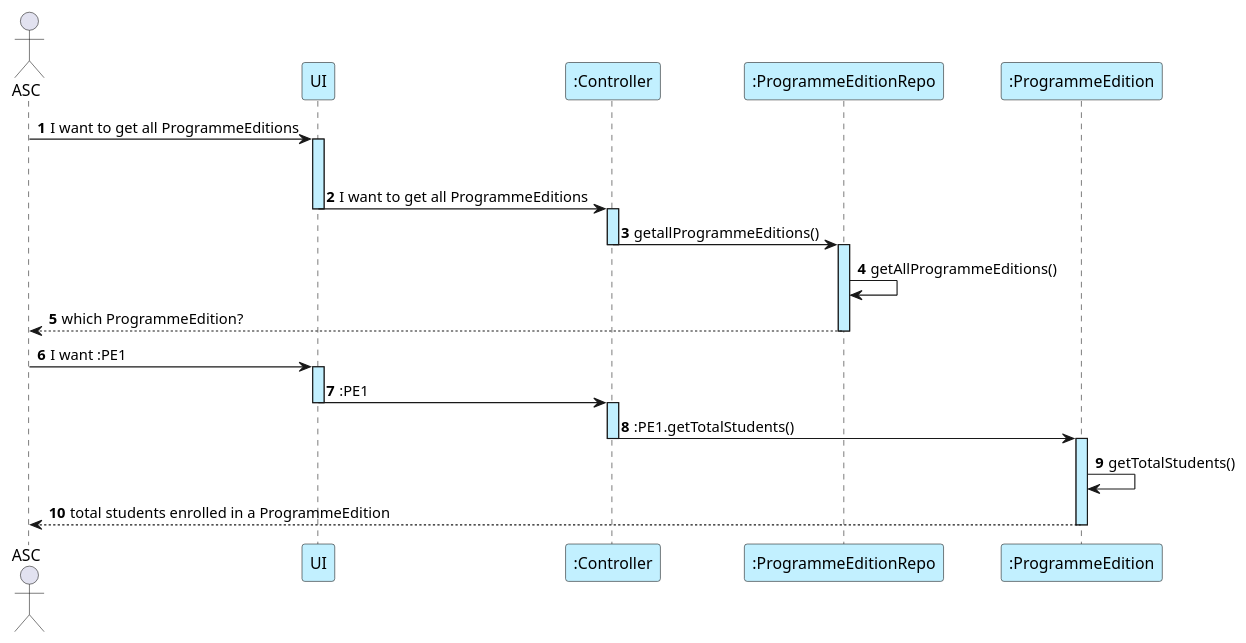
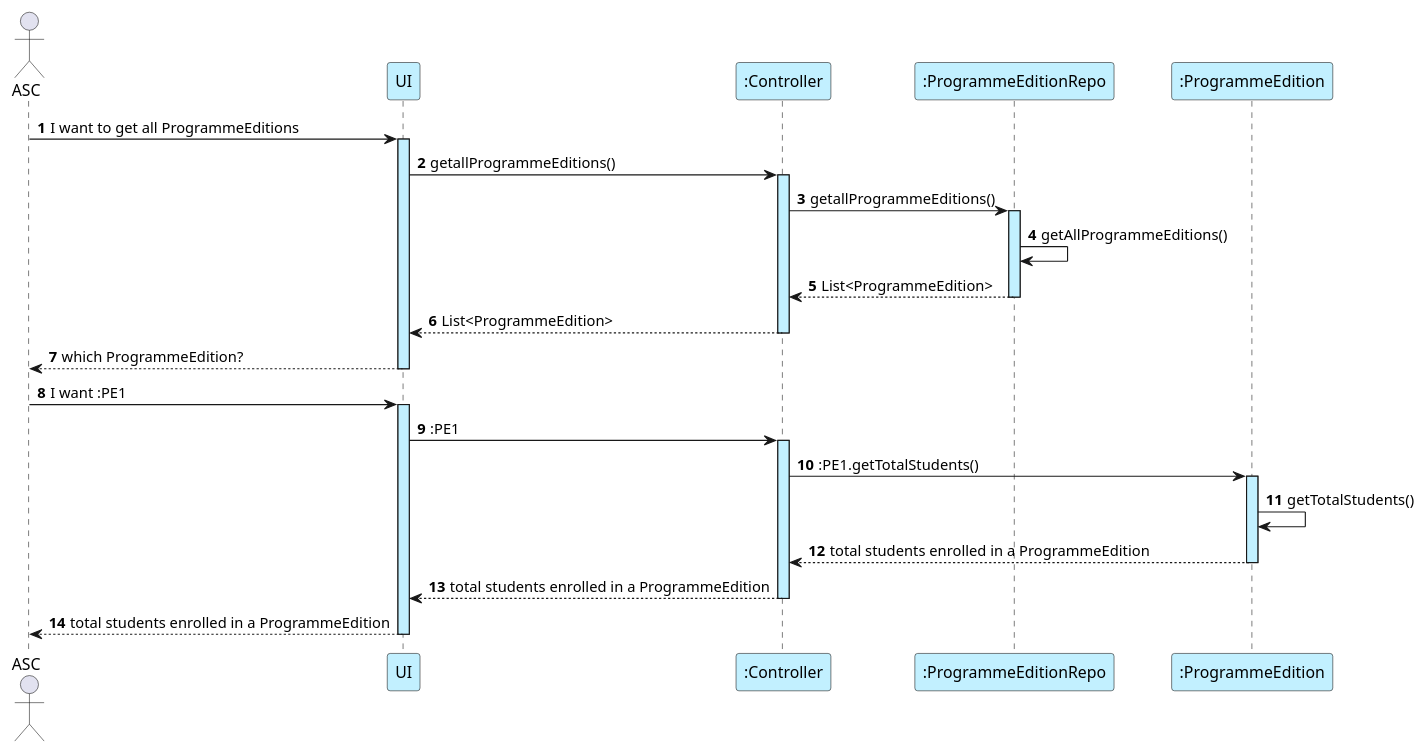
Before and after one commit to GasparISEP/DevOps-PAI: the diagram in docs/sequenceSystemDiagrams/US21/US21_getTotalStudentsEnrolledInProgrammeEdition.puml, drawn with PlantUML. The commit also changed 1 other file, not shown here.

Commit message:
update US21 SSD and remove unnacessary test from ProgrammeTest

```diff
--- a/docs/sequenceSystemDiagrams/US21/US21_getTotalStudentsEnrolledInProgrammeEdition.puml
+++ b/docs/sequenceSystemDiagrams/US21/US21_getTotalStudentsEnrolledInProgrammeEdition.puml
@@ -1,24 +1,25 @@
 @startuml US21
 actor ASC
 participant UI #application
 participant ":Controller" #application
 participant ":ProgrammeEditionRepo" #application
 participant ":ProgrammeEdition" #application
 
 autonumber
 
-ASC -> UI  ++-- #application : I want to get all ProgrammeEditions
-
-UI -> ":Controller" --++ #application: I want to get all ProgrammeEditions
-
-":Controller" -> ":ProgrammeEditionRepo" --++ #application: getallProgrammeEditions()
-
+ASC -> UI  ++ #application : I want to get all ProgrammeEditions
+UI -> ":Controller" ++ #application: getallProgrammeEditions()
+":Controller" -> ":ProgrammeEditionRepo" ++ #application: getallProgrammeEditions()
 ":ProgrammeEditionRepo" -> ":ProgrammeEditionRepo"  #application: getAllProgrammeEditions()
-":ProgrammeEditionRepo" --> ASC -- : which ProgrammeEdition?
+":ProgrammeEditionRepo" --> ":Controller" -- : List<ProgrammeEdition>
+":Controller" --> UI -- : List<ProgrammeEdition>
+UI --> ASC -- : which ProgrammeEdition?
 ASC -> UI ++ #application: I want :PE1
-UI -> ":Controller" --++ #application: :PE1
-":Controller" -> ":ProgrammeEdition" --++ #application : :PE1.getTotalStudents()
+UI -> ":Controller" ++ #application: :PE1
+":Controller" -> ":ProgrammeEdition" ++ #application : :PE1.getTotalStudents()
 
 ":ProgrammeEdition" -> ":ProgrammeEdition" #application : getTotalStudents()
-":ProgrammeEdition" --> ASC -- #application : total students enrolled in a ProgrammeEdition
+":ProgrammeEdition" --> ":Controller" -- #application : total students enrolled in a ProgrammeEdition
+":Controller" --> "UI" -- #application : total students enrolled in a ProgrammeEdition
+"UI" --> ASC -- #application : total students enrolled in a ProgrammeEdition
 @enduml
```
